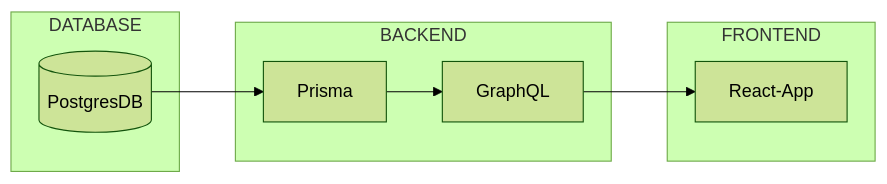
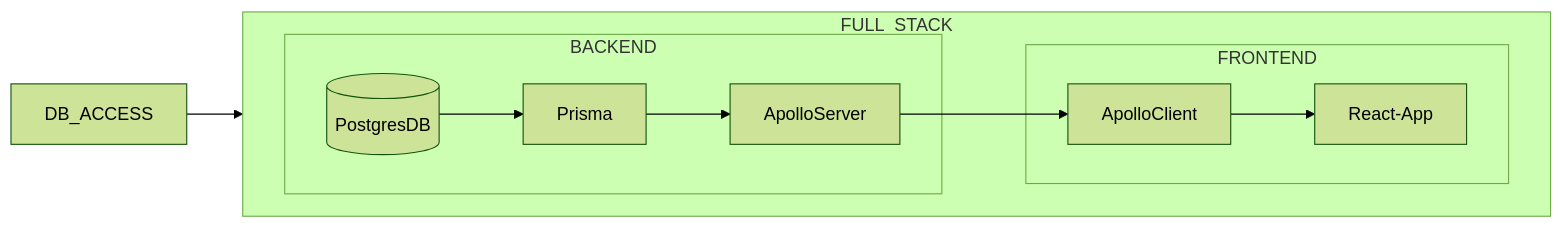
One commit to phibkro/drinks changed the first of 2 diagrams in README.md. Above: the diagram before and after it, drawn with Mermaid (forest theme). The commit also changed other lines of this file, not shown here.

Commit message:
docs: :memo: add diagram for our tech stack

````diff
--- a/README.md
+++ b/README.md
@@ -170,15 +172,19 @@
 ```mermaid
 flowchart LR
-  subgraph FRONTEND
-    React-App
-  end
-  subgraph DATABASE
-    DB
-  end
+  DB_ACCESS --> Prisma
 
-    DB[(PostgresDB)] --> Prisma 
-  subgraph BACKEND
-    Prisma --> GraphQL
-  end
-  GraphQL --> React-App
+  subgraph FULL_STACK
+    direction LR
+      DB[(PostgresDB)] --> Prisma 
+      Prisma --> ApolloServer
+      subgraph BACKEND
+        DB
+        Prisma
+        ApolloServer
+      end
+      ApolloServer --> ApolloClient
+      subgraph FRONTEND
+        ApolloClient --> React-App
+      end
+    end
 ```
````
